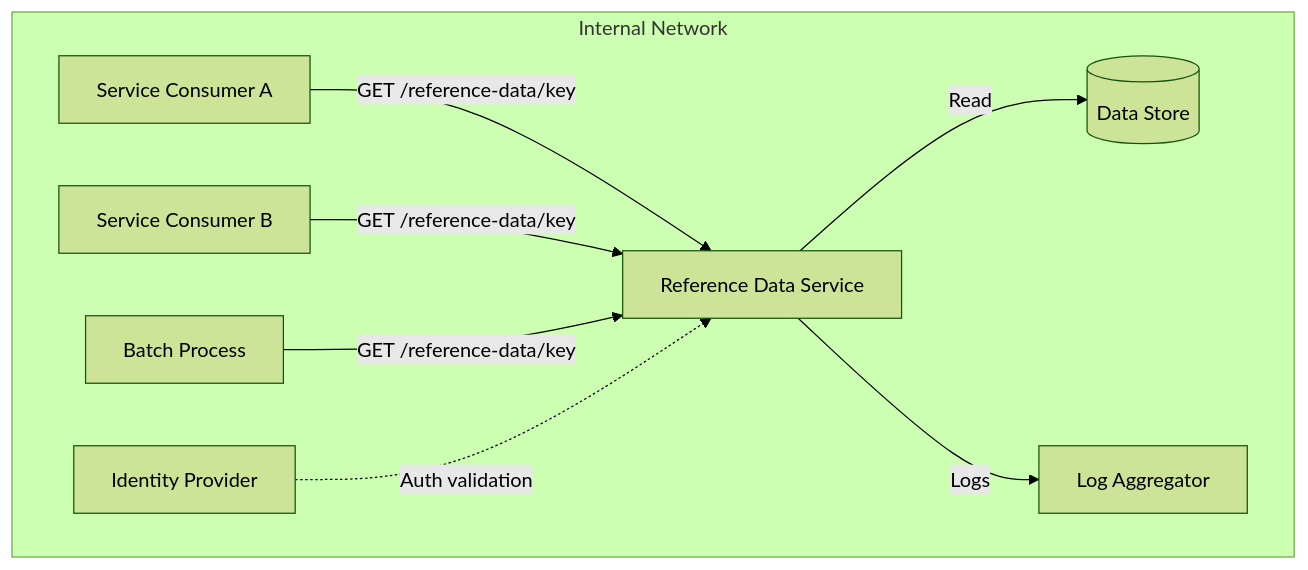
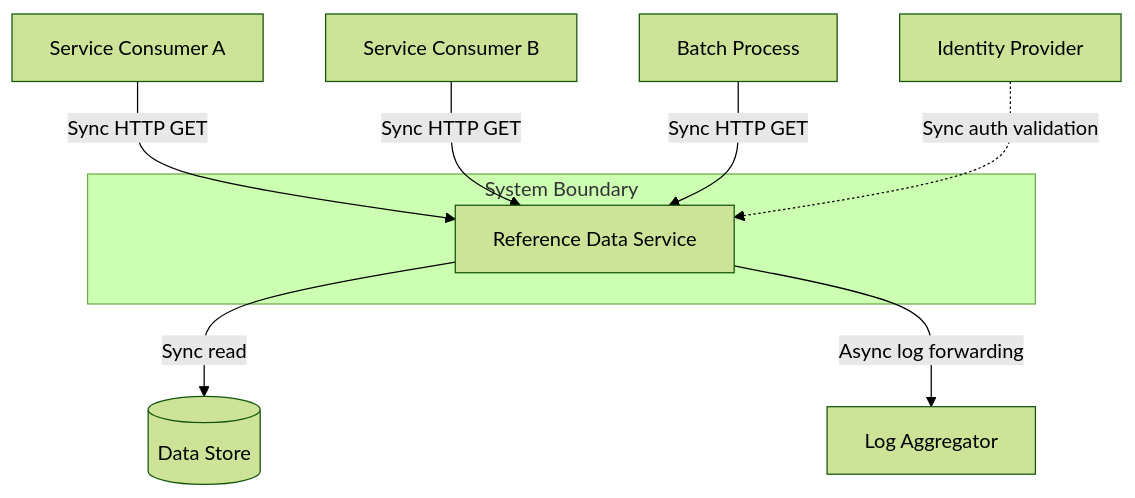
The first of 3 diagrams in examples/end-to-end/example-01-generic-service/04-sad.md (wtlinnertz/aieos-engineering-execution), drawn with Mermaid (forest theme) before and after one commit. The commit also changed other lines of this file, not shown here.

Commit message:
docs: update system boundary and interaction details in SAD for Reference Data Service

````diff
--- a/examples/end-to-end/example-01-generic-service/04-sad.md
+++ b/examples/end-to-end/example-01-generic-service/04-sad.md
@@ -59,11 +59,14 @@
 ```mermaid
 graph TB
-    subgraph Internal Network
-        C1[Service Consumer A] -->|GET /reference-data/key| RDS[Reference Data Service]
-        C2[Service Consumer B] -->|GET /reference-data/key| RDS
-        C3[Batch Process] -->|GET /reference-data/key| RDS
-        RDS -->|Read| DS[(Data Store)]
-        RDS -->|Logs| LA[Log Aggregator]
-        IDP[Identity Provider] -.->|Auth validation| RDS
+    C1[Service Consumer A] -->|"Sync HTTP GET"| RDS
+    C2[Service Consumer B] -->|"Sync HTTP GET"| RDS
+    C3[Batch Process] -->|"Sync HTTP GET"| RDS
+    IDP[Identity Provider] -.->|"Sync auth validation"| RDS
+
+    subgraph System Boundary
+        RDS[Reference Data Service]
     end
+
+    RDS -->|"Sync read"| DS[(Data Store)]
+    RDS -->|"Async log forwarding"| LA[Log Aggregator]
 ```
````
